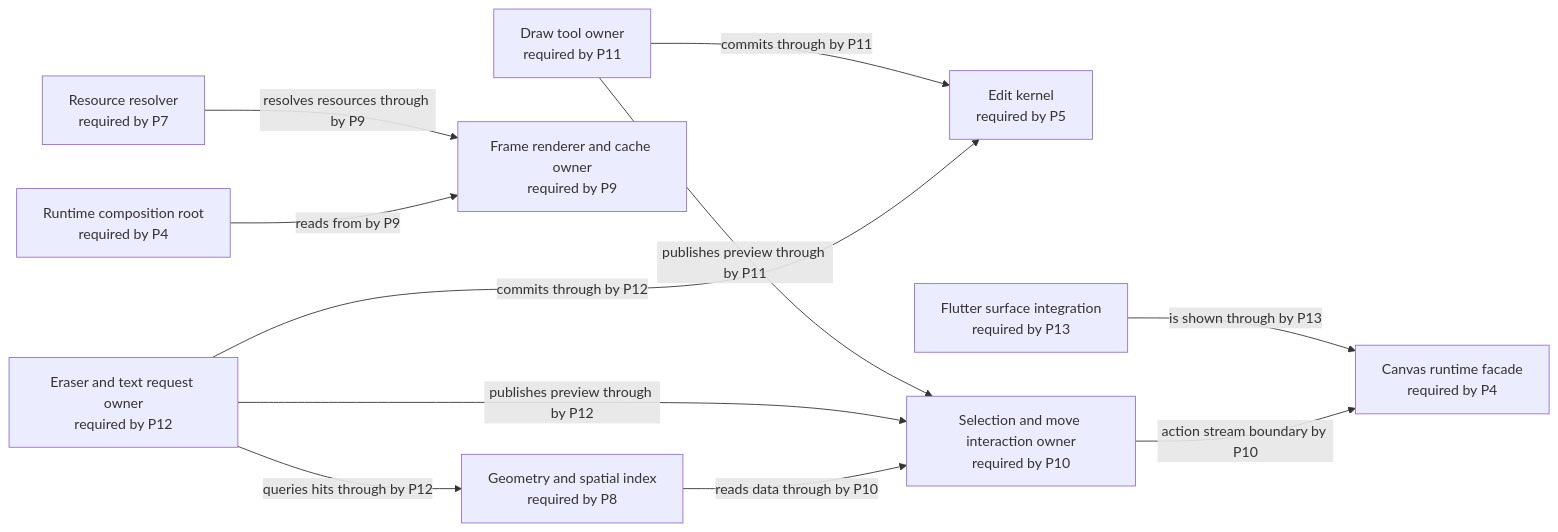
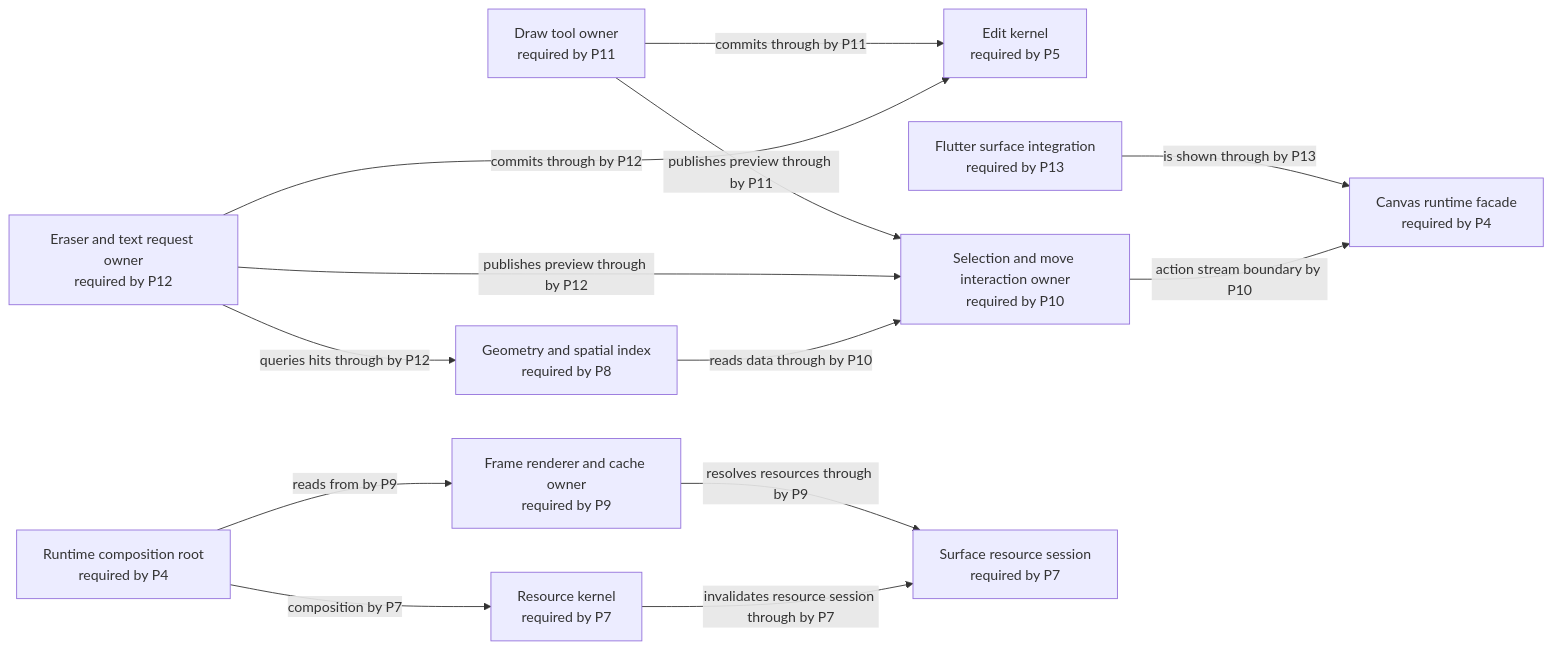
Before and after one commit to GreatPika/iwb_canvas_engine: the diagram in docs/diagrams/generated/future_target.mmd, drawn with Mermaid. The commit also changed 12 other files, not shown here.

First line of the commit message:
docs: align p7 resource architecture graph

```diff
--- a/docs/diagrams/generated/future_target.mmd
+++ b/docs/diagrams/generated/future_target.mmd
@@ -1,25 +1,28 @@
 %% GENERATED FILE. Do not edit by hand.
 %% Source: docs/architecture/architecture_graph.yaml
 %% View: Future target architecture graph
 %% Selected phase: P6
 flowchart LR
   api_canvas_runtime["Canvas runtime facade<br/>required by P4"]
   draw_tools["Draw tool owner<br/>required by P11"]
   edit_kernel["Edit kernel<br/>required by P5"]
   eraser_text_request["Eraser and text request owner<br/>required by P12"]
   flutter_surface["Flutter surface integration<br/>required by P13"]
   frame_renderer["Frame renderer and cache owner<br/>required by P9"]
   geometry_spatial_index["Geometry and spatial index<br/>required by P8"]
   interaction_selection_move["Selection and move interaction owner<br/>required by P10"]
-  resource_resolver["Resource resolver<br/>required by P7"]
+  resource_kernel["Resource kernel<br/>required by P7"]
+  resource_surface_session["Surface resource session<br/>required by P7"]
   runtime_root["Runtime composition root<br/>required by P4"]
   draw_tools -->|commits through by P11| edit_kernel
   draw_tools -->|publishes preview through by P11| interaction_selection_move
   eraser_text_request -->|commits through by P12| edit_kernel
   eraser_text_request -->|publishes preview through by P12| interaction_selection_move
   eraser_text_request -->|queries hits through by P12| geometry_spatial_index
   flutter_surface -->|is shown through by P13| api_canvas_runtime
+  frame_renderer -->|resolves resources through by P9| resource_surface_session
   geometry_spatial_index -->|reads data through by P10| interaction_selection_move
   interaction_selection_move -->|action stream boundary by P10| api_canvas_runtime
-  resource_resolver -->|resolves resources through by P9| frame_renderer
+  resource_kernel -->|invalidates resource session through by P7| resource_surface_session
   runtime_root -->|reads from by P9| frame_renderer
+  runtime_root -->|composition by P7| resource_kernel
```
